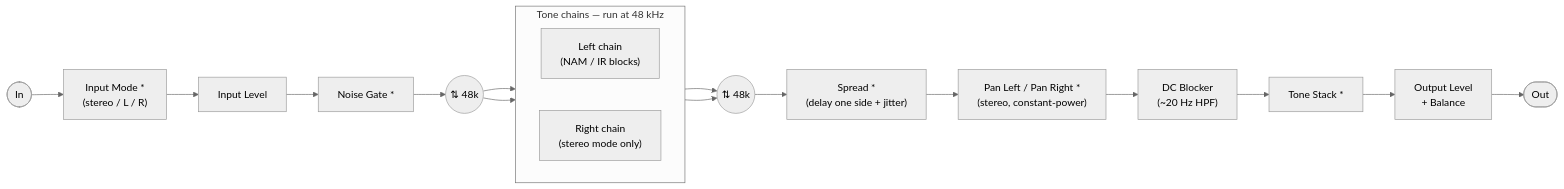
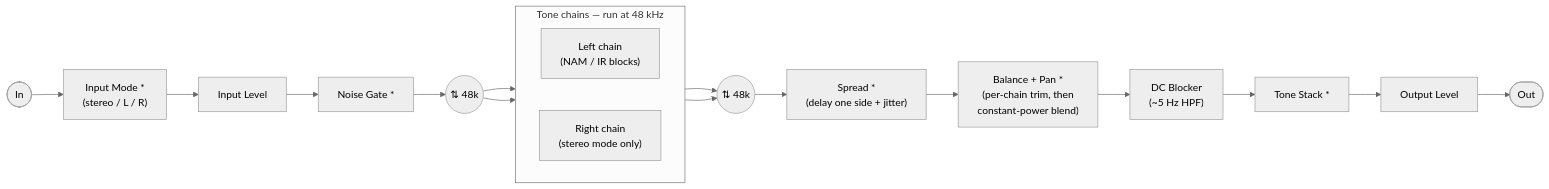
The first of 2 diagrams in README.md (tone-3000/tone3000-plugin), drawn with Mermaid (neutral theme) before and after one commit. The commit also changed other lines of this file and 20 other files, not shown here.

````diff
--- a/README.md
+++ b/README.md
@@ -191,22 +191,22 @@
 ```mermaid
 flowchart LR
     IN([In]) --> IM["Input Mode&nbsp;*<br/>(stereo / L / R)"]
     IM --> IG["Input Level"]
     IG --> GATE["Noise Gate&nbsp;*"]
     GATE --> RS(("⇅ 48k"))
     subgraph CHAINS["Tone chains — run at 48 kHz"]
         direction LR
         CL["Left chain<br/>(NAM / IR blocks)"]
         CR["Right chain<br/>(stereo mode only)"]
     end
     RS --> CL
     RS --> CR
     CL --> RS2(("⇅ 48k"))
     CR --> RS2
     RS2 --> SPREAD["Spread&nbsp;*<br/>(delay one side + jitter)"]
-    SPREAD --> PAN["Pan Left / Pan Right&nbsp;*<br/>(stereo, constant-power)"]
-    PAN --> DCB["DC Blocker<br/>(~20 Hz HPF)"]
+    SPREAD --> PAN["Balance + Pan&nbsp;*<br/>(per-chain trim, then<br/>constant-power blend)"]
+    PAN --> DCB["DC Blocker<br/>(~5 Hz HPF)"]
     DCB --> TS["Tone Stack&nbsp;*"]
-    TS --> OG["Output Level<br/>+ Balance"]
+    TS --> OG["Output Level"]
     OG --> OUT([Out])
 ```
````
